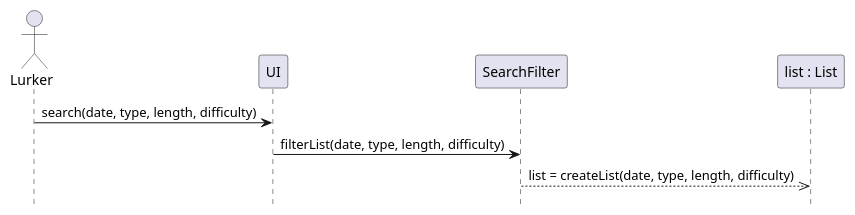
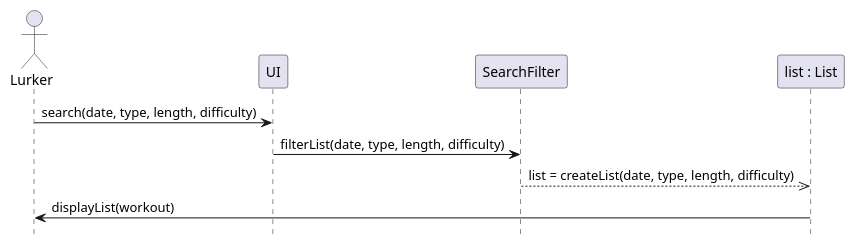
The third of 5 diagrams in doc/design.md (arun-guruswamy/workout-networking), drawn with PlantUML before and after one commit. The commit also changed 5 other files, not shown here.

````diff
--- a/doc/design.md
+++ b/doc/design.md
@@ -70,13 +70,14 @@
 ```plantuml 
 @startuml
 hide footbox
 actor Lurker as lurker
 participant "UI" as ui
 participant "SearchFilter" as search
 participant "list : List" as list 
 
 lurker -> ui : search(date, type, length, difficulty) 
 ui -> search : filterList(date, type, length, difficulty) 
 search -->> list :  list = createList(date, type, length, difficulty)
+list -> lurker : displayList(workout)
 @enduml
 ```
````
